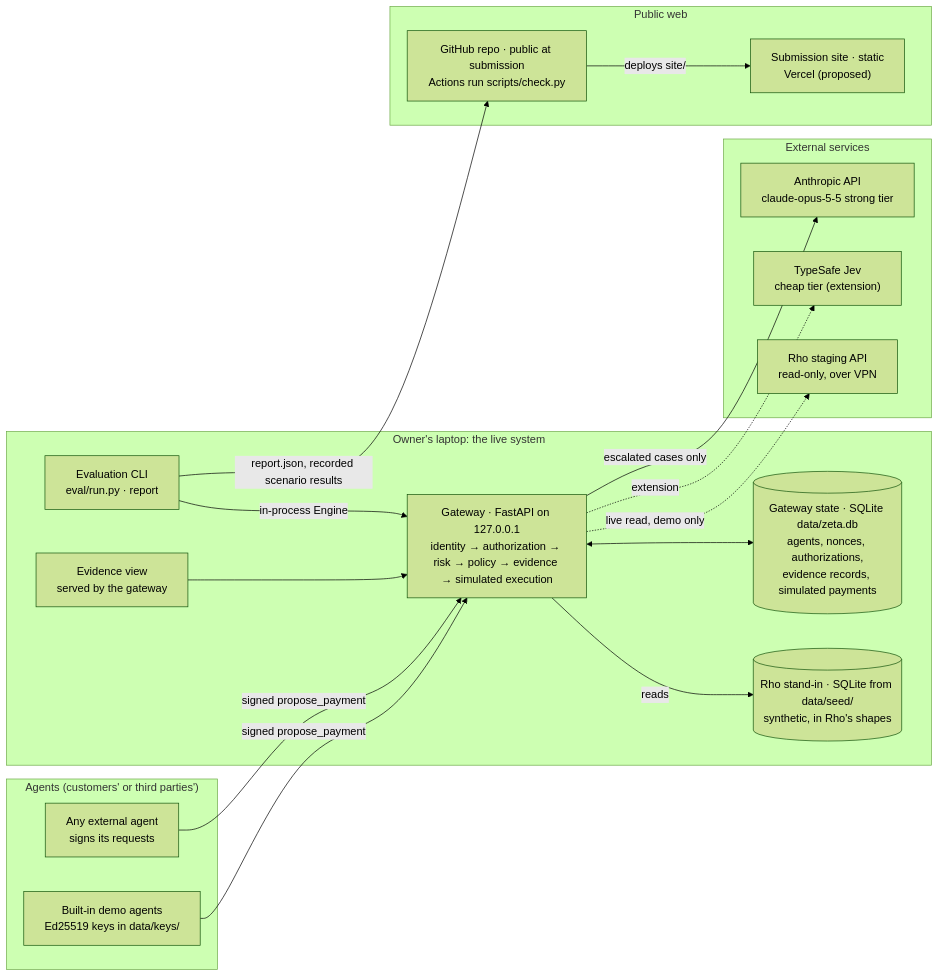
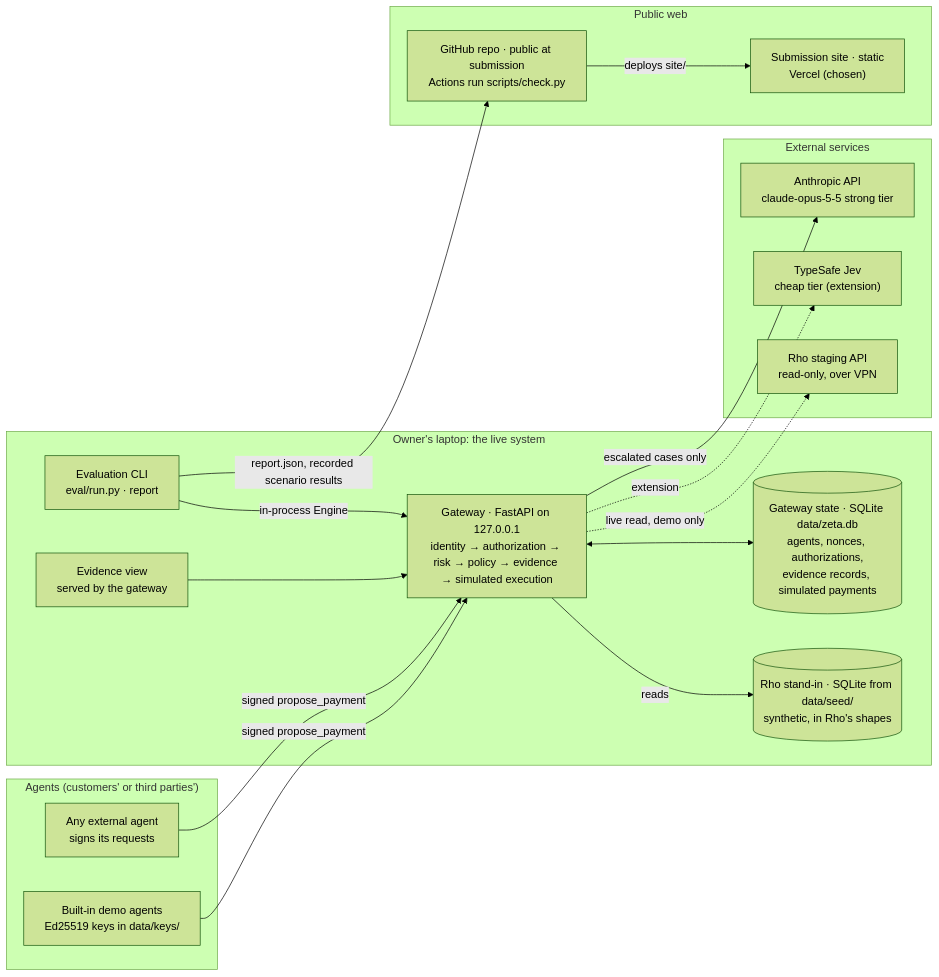
Before and after one commit to jesssss812/zeta-one: the diagram in docs/strategy/architecture.md, drawn with Mermaid (forest theme). The commit also changed other lines of this file and 3 other files, not shown here.

First line of the commit message:
Accept the architecture: laptop demo, SQLite, Vercel site with recorded runs

````diff
--- a/docs/strategy/architecture.md
+++ b/docs/strategy/architecture.md
@@ -14,38 +14,38 @@
 ```mermaid
 flowchart LR
   subgraph Agents["Agents (customers' or third parties')"]
     A1["Built-in demo agents<br/>Ed25519 keys in data/keys/"]
     A2["Any external agent<br/>signs its requests"]
   end
 
   subgraph Laptop["Owner's laptop: the live system"]
     GW["Gateway · FastAPI on 127.0.0.1<br/>identity → authorization → risk → policy → evidence → simulated execution"]
     DB[("Gateway state · SQLite data/zeta.db<br/>agents, nonces, authorizations,<br/>evidence records, simulated payments")]
     SEED[("Rho stand-in · SQLite from data/seed/<br/>synthetic, in Rho's shapes")]
     UI["Evidence view<br/>served by the gateway"]
     EVAL["Evaluation CLI<br/>eval/run.py · report"]
   end
 
   subgraph External["External services"]
     ANT["Anthropic API<br/>claude-opus-5-5 strong tier"]
     JEV["TypeSafe Jev<br/>cheap tier (extension)"]
     RHO["Rho staging API<br/>read-only, over VPN"]
   end
 
   subgraph Web["Public web"]
-    SITE["Submission site · static<br/>Vercel (proposed)"]
+    SITE["Submission site · static<br/>Vercel (chosen)"]
     REPO["GitHub repo · public at submission<br/>Actions run scripts/check.py"]
   end
 
   A1 -- signed propose_payment --> GW
   A2 -- signed propose_payment --> GW
   GW <--> DB
   GW -- reads --> SEED
   GW -. live read, demo only .-> RHO
   GW -- escalated cases only --> ANT
   GW -. extension .-> JEV
   UI --> GW
   EVAL -- in-process Engine --> GW
   EVAL -- report.json, recorded scenario results --> REPO
   REPO -- deploys site/ --> SITE
 ```
````
